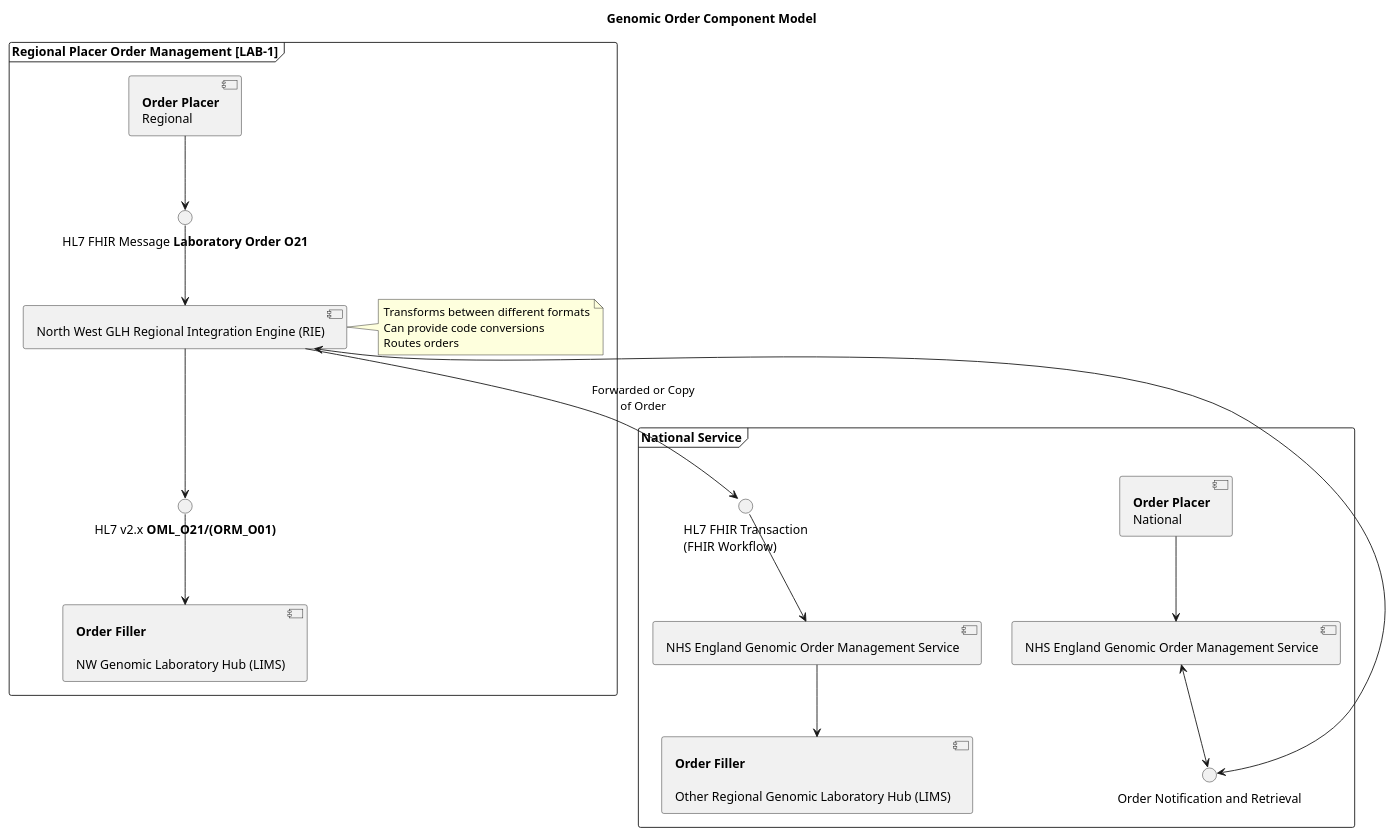
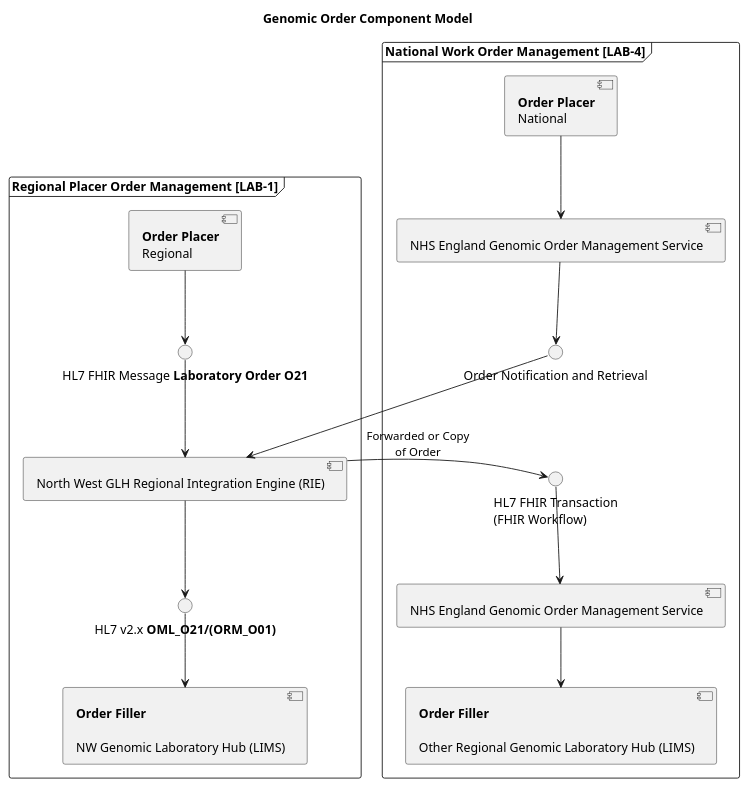
The diagram in input/images-source/orders-component.plantuml (nw-gmsa/nw-gmsa.github.com), drawn with PlantUML before and after one commit. The commit also changed 1 other file, not shown here.

```diff
--- a/input/images-source/orders-component.plantuml
+++ b/input/images-source/orders-component.plantuml
@@ -1,46 +1,46 @@
 @startuml
 
 title "Genomic Order Component Model"
 
 frame "Regional Placer Order Management [LAB-1]" as LAB1 {
   component "**Order Filler**\n\nNW Genomic Laboratory Hub (LIMS)" as LIMS
   component "**Order Placer**\nRegional" as EPR
   component "North West GLH Regional Integration Engine (RIE)" as TIE
 
  interface "HL7 FHIR Message **Laboratory Order O21**" as HL7_ORM1
 
  interface "HL7 v2.x **OML_O21/(ORM_O01)**" as HL7_ORM2
 
-  note right of TIE
-  Transforms between different formats
-  Can provide code conversions
-  Routes orders
-  end note
+
+
+  EPR -d-> HL7_ORM1
+  HL7_ORM1 -d-> TIE
+  TIE -d-> HL7_ORM2
 }
 
-frame "National Service" as future {
+frame "National Work Order Management [LAB-4]" as LAB4 {
  component "**Order Placer**\nNational" as EPRE
  component "NHS England Genomic Order Management Service" as GOMSp
  component "**Order Filler**\n\nOther Regional Genomic Laboratory Hub (LIMS)" as LIMSE
  component "NHS England Genomic Order Management Service" as GOMS
  interface "Order Notification and Retrieval" as notify
  interface "HL7 FHIR Transaction\n(FHIR Workflow)" as Transaction
 
 
  EPRE -d-> GOMSp
- GOMSp <-d-> notify
- notify <-d-> TIE
+ GOMSp -d-> notify
+ notify -d[hidden]- Transaction
+ GOMS -d-> LIMSE
 }
 
-EPR -d-> HL7_ORM1
-HL7_ORM1 -d-> TIE
-TIE -d-> HL7_ORM2
+
+
 TIE -d-> Transaction: Forwarded or Copy\nof Order
 Transaction -d-> GOMS
-GOMS -d-> LIMSE
+ notify -d-> TIE
 
 HL7_ORM2 -d-> LIMS
 
 
 
 @enduml
```
